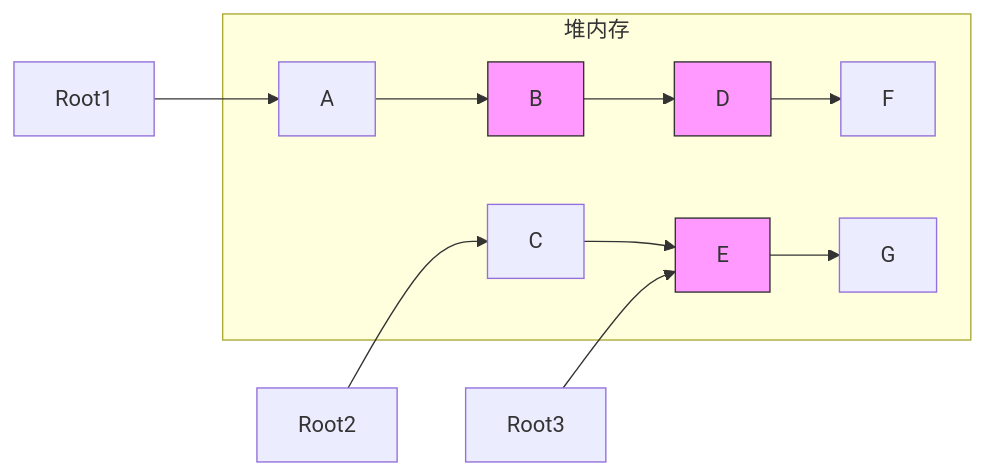
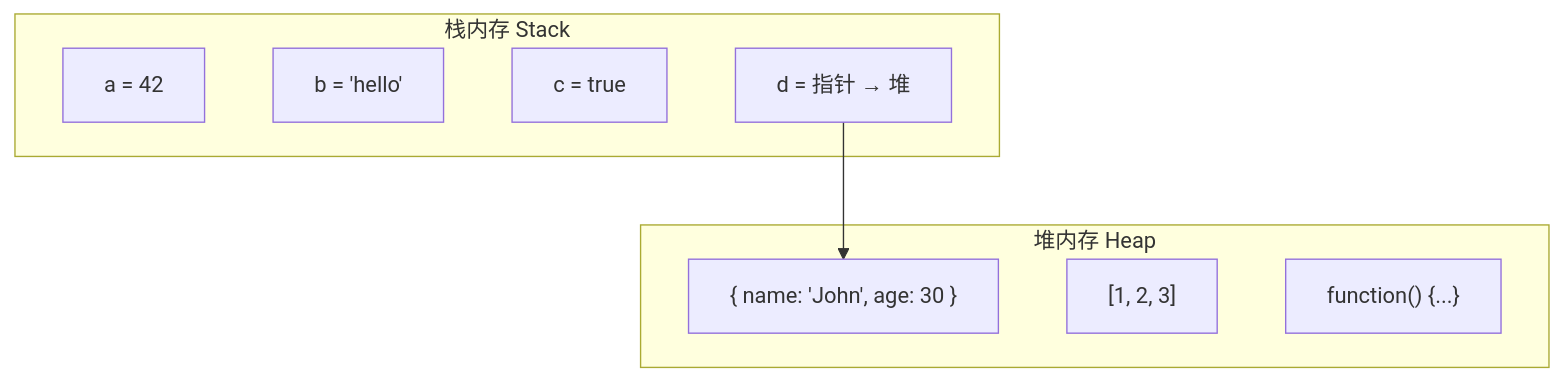
Before and after one commit to jun2333/knowledge: the first of 2 diagrams in docs/javascript/memory.md, drawn with Mermaid. The commit also changed other lines of this file and 25 other files, not shown here.

````diff
--- a/docs/javascript/memory.md
+++ b/docs/javascript/memory.md
@@ -148,15 +114,17 @@
 ```mermaid
-graph LR
-    subgraph heap["堆内存"]
-        A["A"] --> B["B"]
-        B --> D["D"]
-        C["C"] --> E["E"]
-        D --> F["F"]
-        E --> G["G"]
+graph TB
+    subgraph 栈内存 Stack
+        A["a = 42"]
+        B["b = 'hello'"]
+        C["c = true"]
+        D["d = 指针 → 堆"]
     end
-    Root1["Root1"] --> A
-    Root2["Root2"] --> C
-    Root3["Root3"] --> E
-    classDef marked fill:#f9f,stroke:#333
-    class B,D,E marked
+
+    subgraph 堆内存 Heap
+        E["{ name: 'John', age: 30 }"]
+        F["[1, 2, 3]"]
+        G["function() {...}"]
+    end
+
+    D --> E
 ```
````
